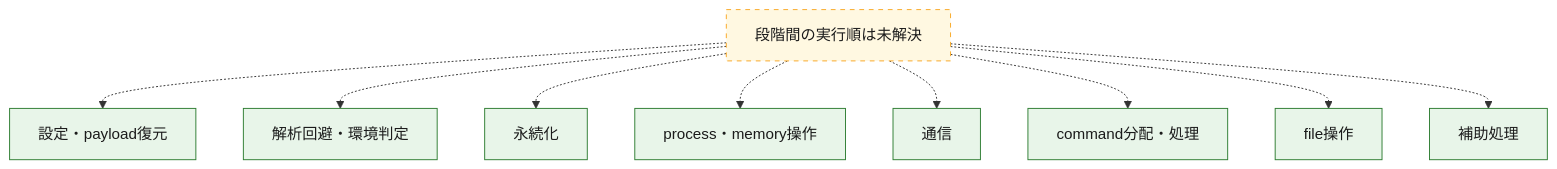
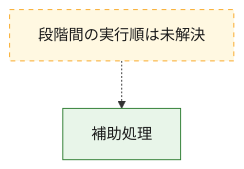
The first of 3 diagrams in analysis-results/malware/unclassified/versions/unknown/cases/170d46202f09e9b3a5cbb5e2056123838e7370e5f4e5edf7f4c4497d47842d01/OVERALL-LOGIC.md (proshiba/AI-security-analysis), drawn with Mermaid before and after one commit. The commit also changed other lines of this file and 1743 other files, not shown here.

````diff
--- a/analysis-results/malware/unclassified/versions/unknown/cases/170d46202f09e9b3a5cbb5e2056123838e7370e5f4e5edf7f4c4497d47842d01/OVERALL-LOGIC.md
+++ b/analysis-results/malware/unclassified/versions/unknown/cases/170d46202f09e9b3a5cbb5e2056123838e7370e5f4e5edf7f4c4497d47842d01/OVERALL-LOGIC.md
@@ -16,24 +16,10 @@
 ```mermaid
 flowchart TD
-  exec_01["設定・payload復元"]
-  exec_02["解析回避・環境判定"]
-  exec_03["永続化"]
-  exec_04["process・memory操作"]
-  exec_05["通信"]
-  exec_06["command分配・処理"]
-  exec_07["file操作"]
-  exec_08["補助処理"]
+  exec_01["補助処理"]
   exec_unknown["段階間の実行順は未解決"]
   exec_unknown -.-> exec_01
-  exec_unknown -.-> exec_02
-  exec_unknown -.-> exec_03
-  exec_unknown -.-> exec_04
-  exec_unknown -.-> exec_05
-  exec_unknown -.-> exec_06
-  exec_unknown -.-> exec_07
-  exec_unknown -.-> exec_08
   class exec_unknown unresolved
-  class exec_01,exec_02,exec_03,exec_04,exec_05,exec_06,exec_07,exec_08 confirmed
+  class exec_01 confirmed
   classDef confirmed fill:#e8f5e9,stroke:#2e7d32,color:#1b1b1b
   classDef unresolved fill:#fff8e1,stroke:#f9a825,color:#1b1b1b,stroke-dasharray:5 5
 ```
````
